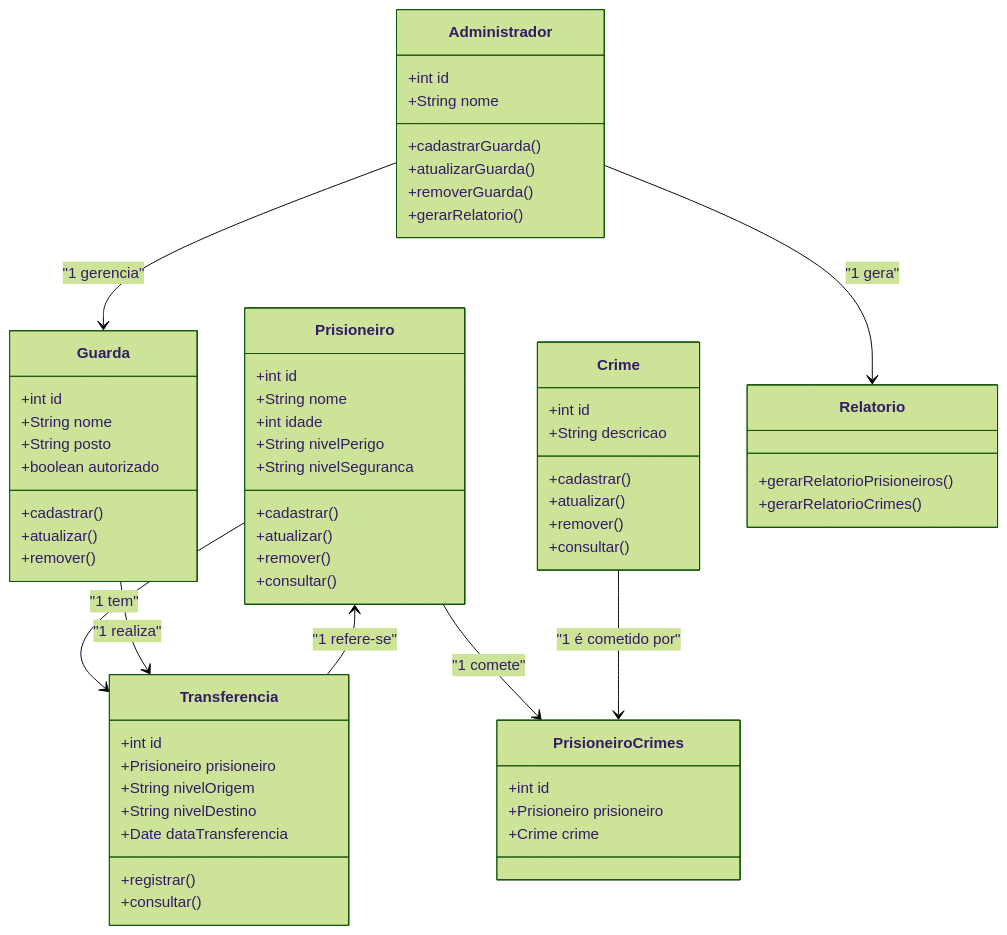
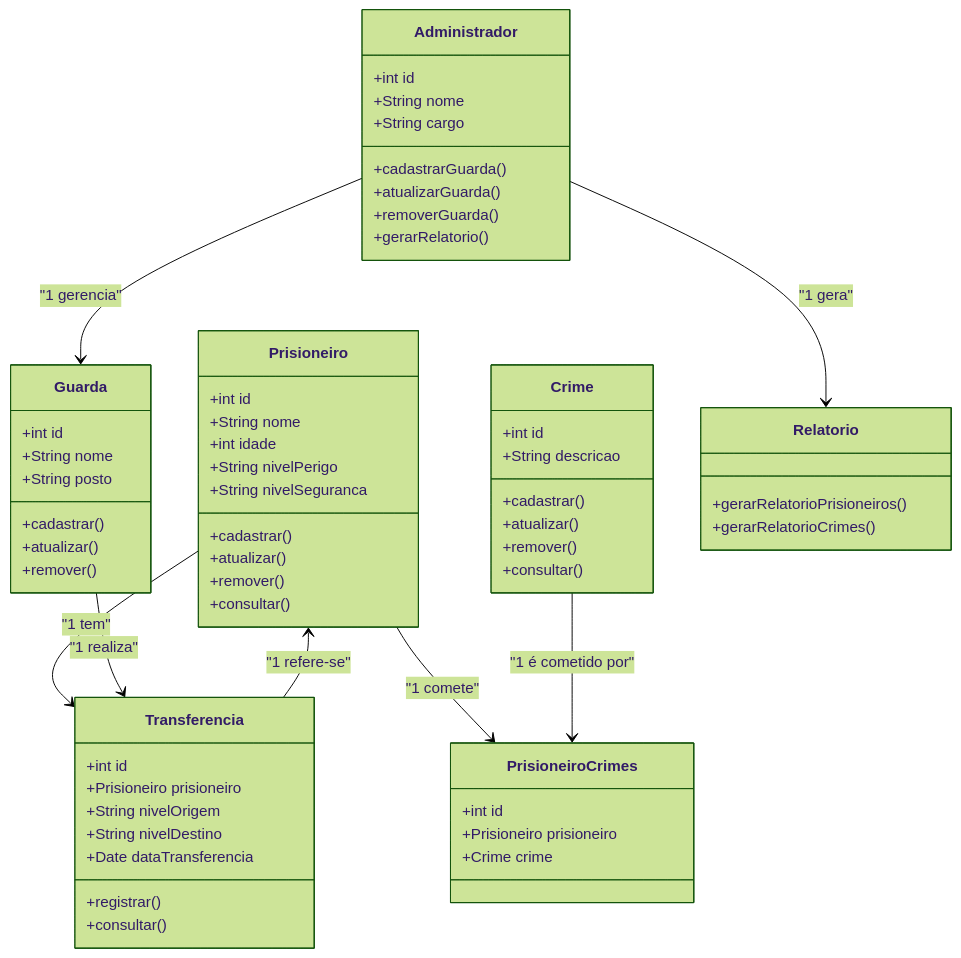
Before and after one commit to lgfas/impeldown: the first of 2 diagrams in README.md, drawn with Mermaid (forest theme). The commit also changed other lines of this file and 8 other files, not shown here.

````diff
--- a/README.md
+++ b/README.md
@@ -5,74 +5,74 @@
 ```mermaid
 classDiagram
     class Prisioneiro {
         +int id
         +String nome
         +int idade
         +String nivelPerigo
         +String nivelSeguranca
         +cadastrar()
         +atualizar()
         +remover()
         +consultar()
     }
 
     class Crime {
         +int id
         +String descricao
         +cadastrar()
         +atualizar()
         +remover()
         +consultar()
     }
 
     class PrisioneiroCrimes {
         +int id
         +Prisioneiro prisioneiro
         +Crime crime
     }
 
     class Guarda {
         +int id
         +String nome
         +String posto
-        +boolean autorizado
         +cadastrar()
         +atualizar()
         +remover()
     }
 
     class Transferencia {
         +int id
         +Prisioneiro prisioneiro
         +String nivelOrigem
         +String nivelDestino
         +Date dataTransferencia
         +registrar()
         +consultar()
     }
 
     class Relatorio {
         +gerarRelatorioPrisioneiros()
         +gerarRelatorioCrimes()
     }
 
     class Administrador {
         +int id
         +String nome
+        +String cargo
         +cadastrarGuarda()
         +atualizarGuarda()
         +removerGuarda()
         +gerarRelatorio()
     }
 
     Prisioneiro --> PrisioneiroCrimes : "1 comete"
     Crime --> PrisioneiroCrimes : "1 é cometido por"
     Prisioneiro --> Transferencia : "1 tem"
     Transferencia --> Prisioneiro : "1 refere-se"
     Guarda --> Transferencia : "1 realiza"
     Administrador --> Guarda : "1 gerencia"
     Administrador --> Relatorio : "1 gera"
 
 
 
 ```
````
